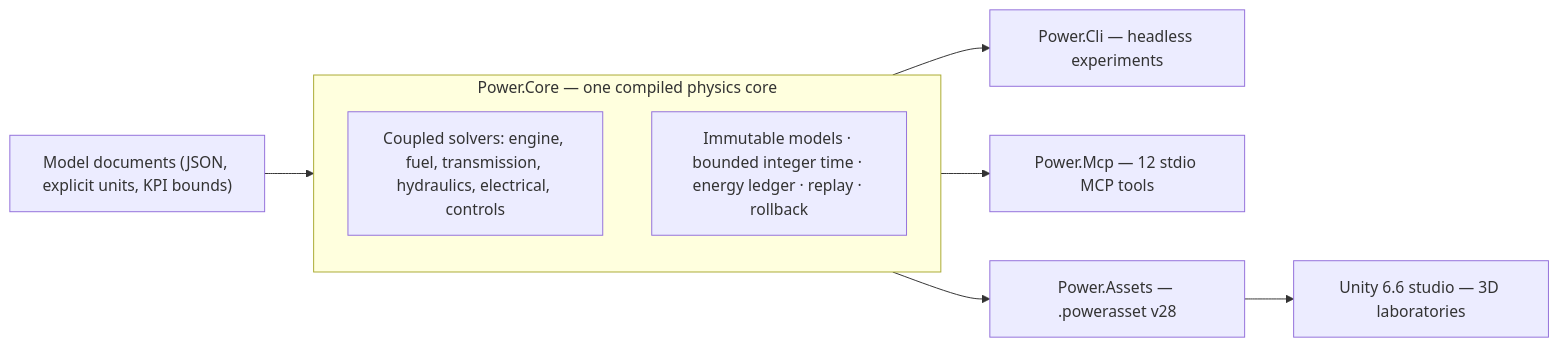
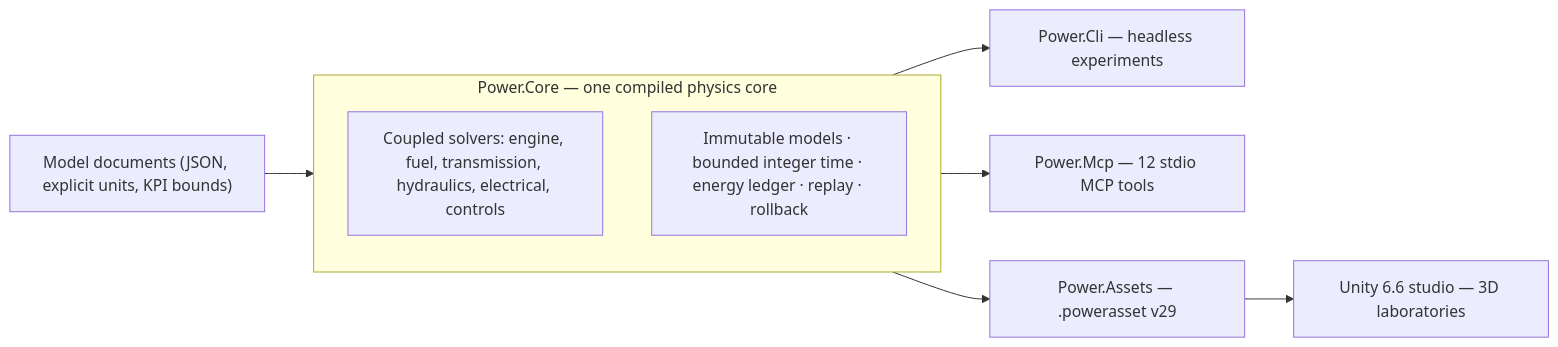
Before and after one commit to Water-Run/Power: the diagram in README.md, drawn with Mermaid. The commit also changed other lines of this file and 176 other files, not shown here.

````diff
--- a/README.md
+++ b/README.md
@@ -13,18 +13,18 @@
 ```mermaid
 flowchart LR
     model["Model documents (JSON, explicit units, KPI bounds)"]
     subgraph core["Power.Core — one compiled physics core"]
         solvers["Coupled solvers: engine, fuel, transmission, hydraulics, electrical, controls"]
         invariants["Immutable models · bounded integer time · energy ledger · replay · rollback"]
     end
     cli["Power.Cli — headless experiments"]
     mcp["Power.Mcp — 12 stdio MCP tools"]
-    assets["Power.Assets — .powerasset v28"]
+    assets["Power.Assets — .powerasset v29"]
     unity["Unity 6.6 studio — 3D laboratories"]
 
     model --> core
     core --> cli
     core --> mcp
     core --> assets
     assets --> unity
 ```
````
